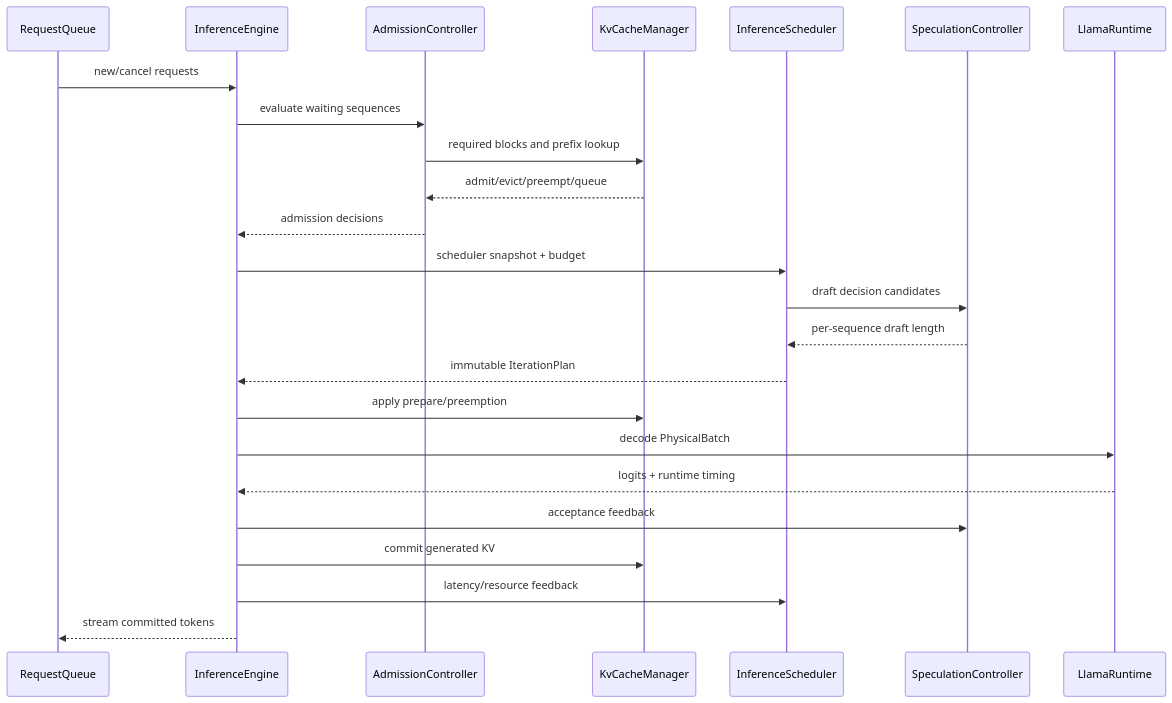
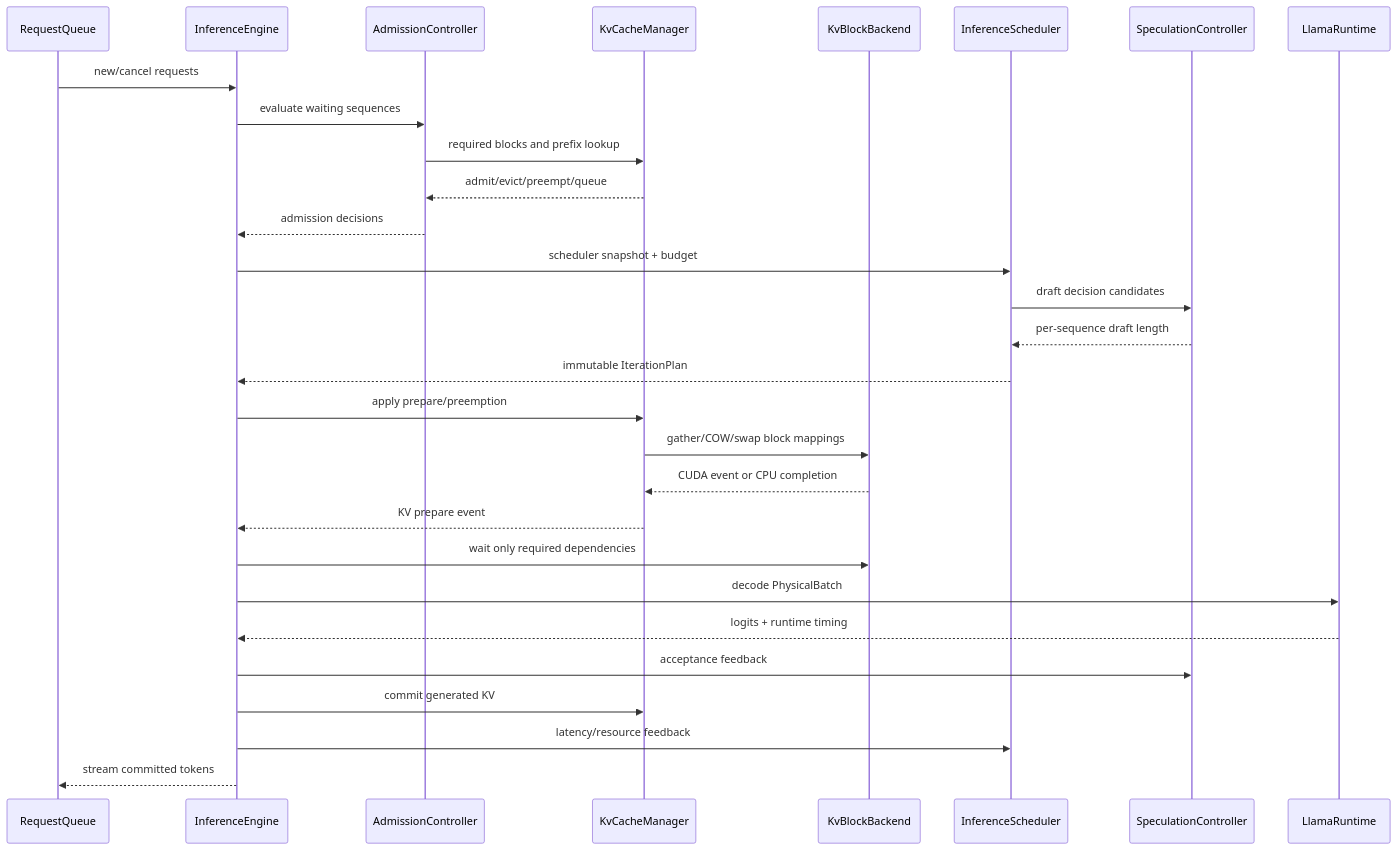
Before and after one commit to Ljzljz-211302/cacheflow-llama-runtime: the second of 2 diagrams in docs/architecture.md, drawn with Mermaid. The commit also changed other lines of this file, not shown here.

Commit message:
docs: require CUDA paged KV backend

````diff
--- a/docs/architecture.md
+++ b/docs/architecture.md
@@ -577,27 +687,32 @@
 ```mermaid
 sequenceDiagram
     participant Q as RequestQueue
     participant E as InferenceEngine
     participant A as AdmissionController
     participant K as KvCacheManager
+    participant B as KvBlockBackend
     participant S as InferenceScheduler
     participant P as SpeculationController
     participant R as LlamaRuntime
 
     Q->>E: new/cancel requests
     E->>A: evaluate waiting sequences
     A->>K: required blocks and prefix lookup
     K-->>A: admit/evict/preempt/queue
     A-->>E: admission decisions
     E->>S: scheduler snapshot + budget
     S->>P: draft decision candidates
     P-->>S: per-sequence draft length
     S-->>E: immutable IterationPlan
     E->>K: apply prepare/preemption
+    K->>B: gather/COW/swap block mappings
+    B-->>K: CUDA event or CPU completion
+    K-->>E: KV prepare event
+    E->>B: wait only required dependencies
     E->>R: decode PhysicalBatch
     R-->>E: logits + runtime timing
     E->>P: acceptance feedback
     E->>K: commit generated KV
     E->>S: latency/resource feedback
     E-->>Q: stream committed tokens
 ```
````
